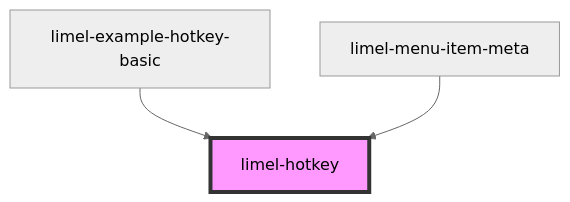
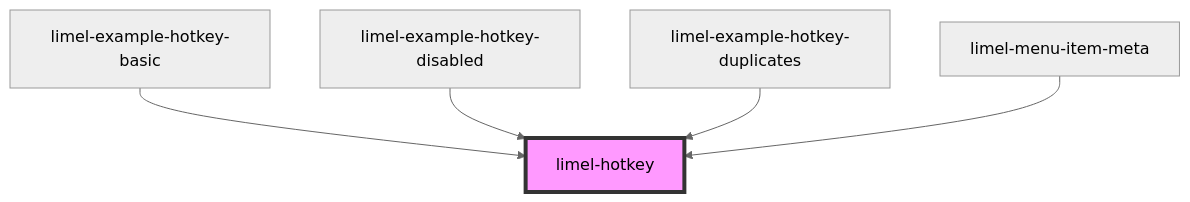
The diagram in versions/PR-3818/markdown-docs/components/hotkey/readme.md (Lundalogik/lime-elements), drawn with Mermaid (neutral theme) before and after one commit. The commit also changed other lines of this file and 17 other files, not shown here.

````diff
--- a/versions/PR-3818/markdown-docs/components/hotkey/readme.md
+++ b/versions/PR-3818/markdown-docs/components/hotkey/readme.md
@@ -37,6 +39,8 @@
 ```mermaid
 graph TD;
   limel-example-hotkey-basic --> limel-hotkey
+  limel-example-hotkey-disabled --> limel-hotkey
+  limel-example-hotkey-duplicates --> limel-hotkey
   limel-menu-item-meta --> limel-hotkey
   style limel-hotkey fill:#f9f,stroke:#333,stroke-width:4px
 ```
````
